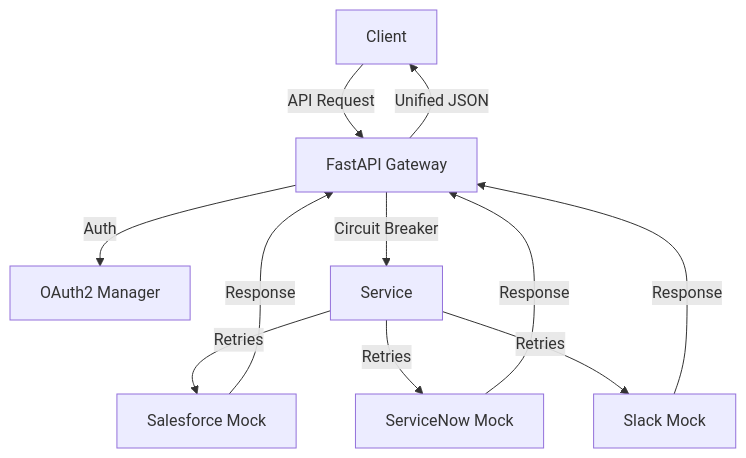
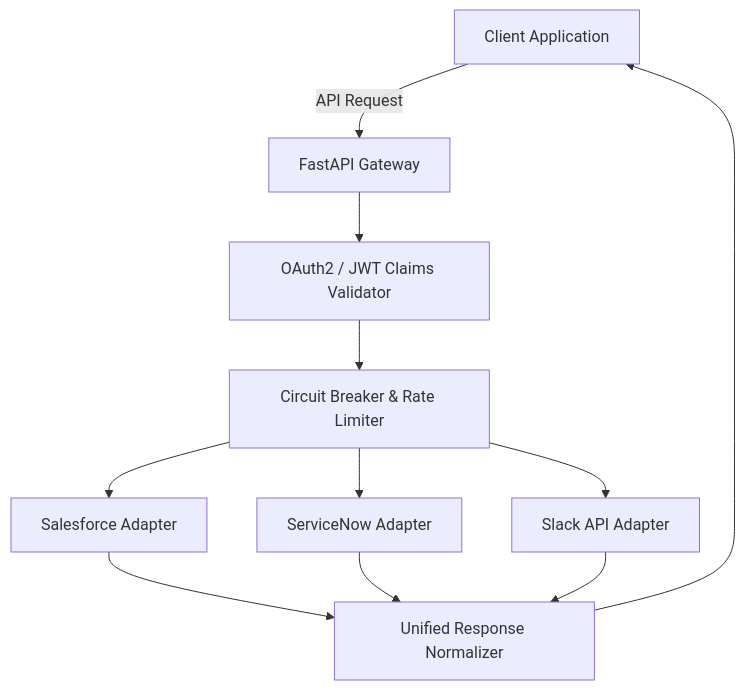
One commit to sricheru/agentic-ai-portfolio changed diagram 11 of 20 in genai_enterprise_usecases/ARCHITECTURE_GUIDE.md. Above: the diagram before and after it, drawn with Mermaid. The commit also changed other lines of this file, not shown here.

Commit message:
fix(mermaid): resolve dagre-d3 edge collision in all 20 diagrams

````diff
--- a/genai_enterprise_usecases/ARCHITECTURE_GUIDE.md
+++ b/genai_enterprise_usecases/ARCHITECTURE_GUIDE.md
@@ -236,13 +240,13 @@
 ```mermaid
 graph TD
-    Client -->|API Request| Gateway[FastAPI Gateway]
-    Gateway -->|Auth| OAuth[OAuth2 Manager]
-    Gateway -->|Circuit Breaker| Service
-    Service -->|Retries| CRM[Salesforce Mock]
-    Service -->|Retries| ITSM[ServiceNow Mock]
-    Service -->|Retries| Chat[Slack Mock]
-    CRM --> |Response| Gateway
-    ITSM --> |Response| Gateway
-    Chat --> |Response| Gateway
-    Gateway -->|Unified JSON| Client
+    ClientApp["Client Application"] -->|API Request| Gateway["FastAPI Gateway"]
+    Gateway --> Auth["OAuth2 / JWT Claims Validator"]
+    Auth --> CircuitBreaker["Circuit Breaker & Rate Limiter"]
+    CircuitBreaker --> CRM["Salesforce Adapter"]
+    CircuitBreaker --> ITSM["ServiceNow Adapter"]
+    CircuitBreaker --> Slack["Slack API Adapter"]
+    CRM --> Normalizer["Unified Response Normalizer"]
+    ITSM --> Normalizer
+    Slack --> Normalizer
+    Normalizer --> ClientApp
 ```
````
